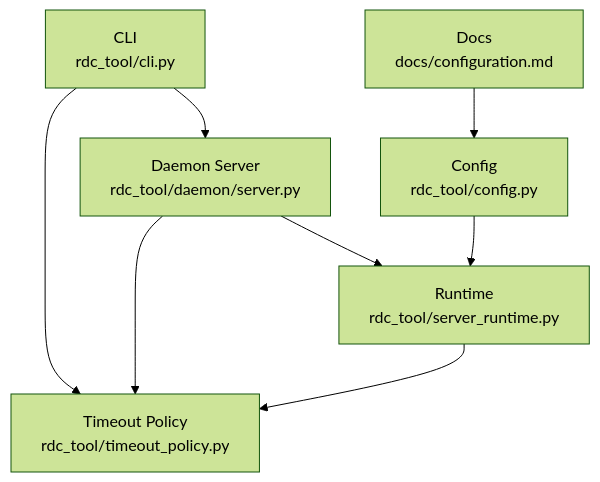
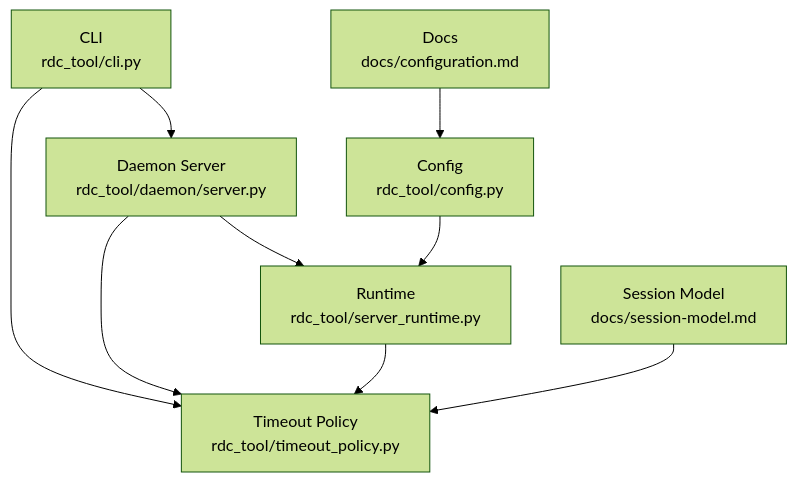
Before and after one commit to haolange/RDC-Tool: the first of 5 diagrams in .qoder/repowiki/zh/content/运行时管理/超时策略管理.md, drawn with Mermaid (forest theme). The commit also changed other lines of this file and 56 other files, not shown here.

````diff
--- a/.qoder/repowiki/zh/content/运行时管理/超时策略管理.md
+++ b/.qoder/repowiki/zh/content/运行时管理/超时策略管理.md
@@ -39,10 +51,11 @@
 ```mermaid
 graph TB
 A["CLI<br/>rdc_tool/cli.py"] --> B["Daemon Server<br/>rdc_tool/daemon/server.py"]
 B --> C["Runtime<br/>rdc_tool/server_runtime.py"]
 A --> D["Timeout Policy<br/>rdc_tool/timeout_policy.py"]
 B --> D
 C --> D
 E["Config<br/>rdc_tool/config.py"] --> C
 F["Docs<br/>docs/configuration.md"] --> E
+G["Session Model<br/>docs/session-model.md"] --> D
 ```
````
